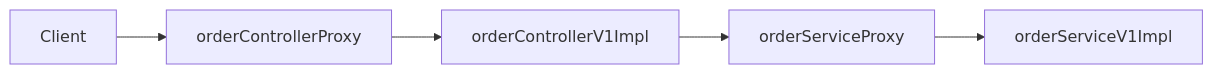
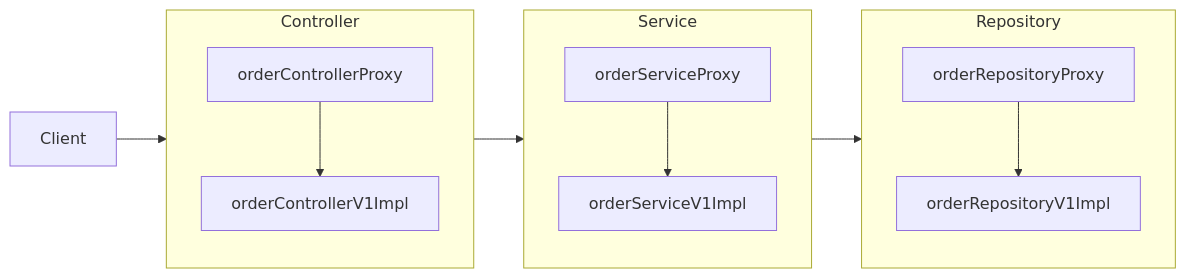
The second of 2 diagrams in content/Resources/프로그래밍/Java/김영한의 스프링/고급/4. 프록시 패턴과 데코레이터 패턴.md (choiexe1/blog), drawn with Mermaid before and after one commit.

Commit message:
vault backup: 2025-01-02 10:10:25

````diff
--- a/content/Resources/프로그래밍/Java/김영한의 스프링/고급/4. 프록시 패턴과 데코레이터 패턴.md
+++ b/content/Resources/프로그래밍/Java/김영한의 스프링/고급/4. 프록시 패턴과 데코레이터 패턴.md
@@ -638,4 +638,18 @@
 ```mermaid
 graph LR
-Client --> orderControllerProxy --> orderControllerV1Impl --> orderServiceProxy --> orderServiceV1Impl
+
+subgraph Controller
+	orderControllerProxy --> orderControllerV1Impl
+end
+
+subgraph Service
+	orderServiceProxy --> orderServiceV1Impl
+end
+
+subgraph Repository
+	orderRepositoryProxy --> orderRepositoryV1Impl
+end
+
+Client --> Controller --> Service --> Repository
+
 ```
````
